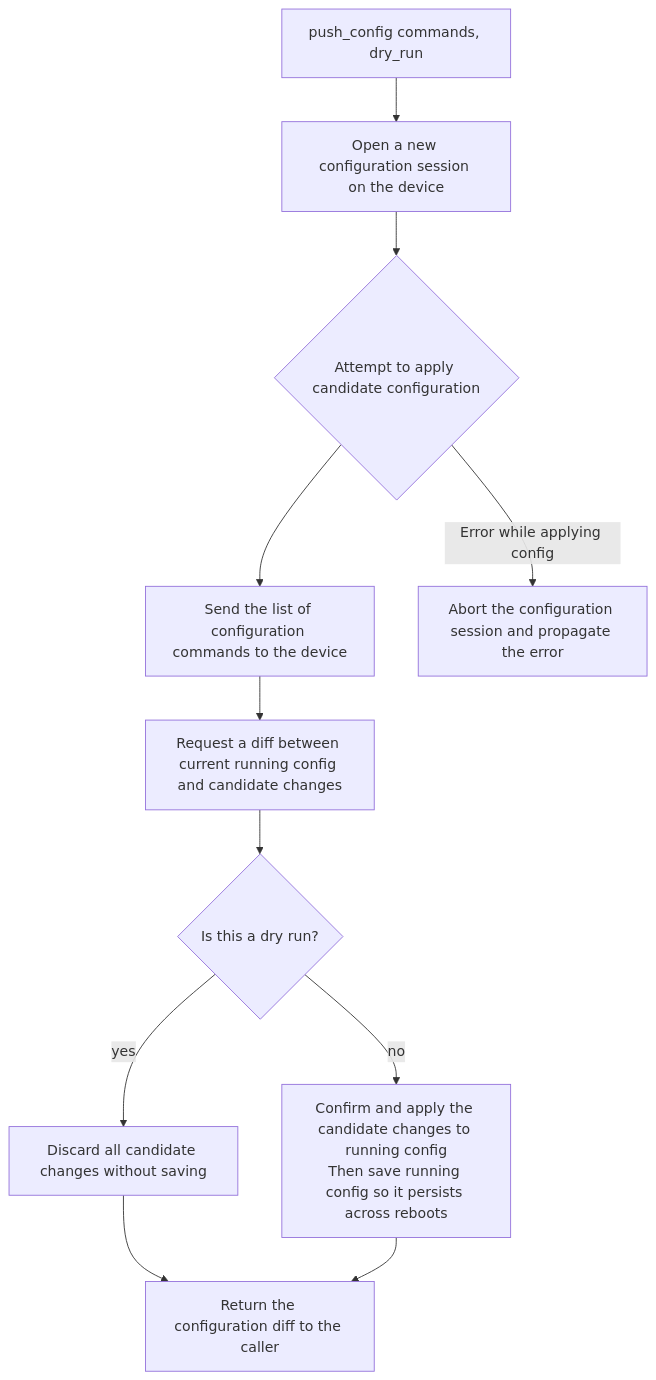
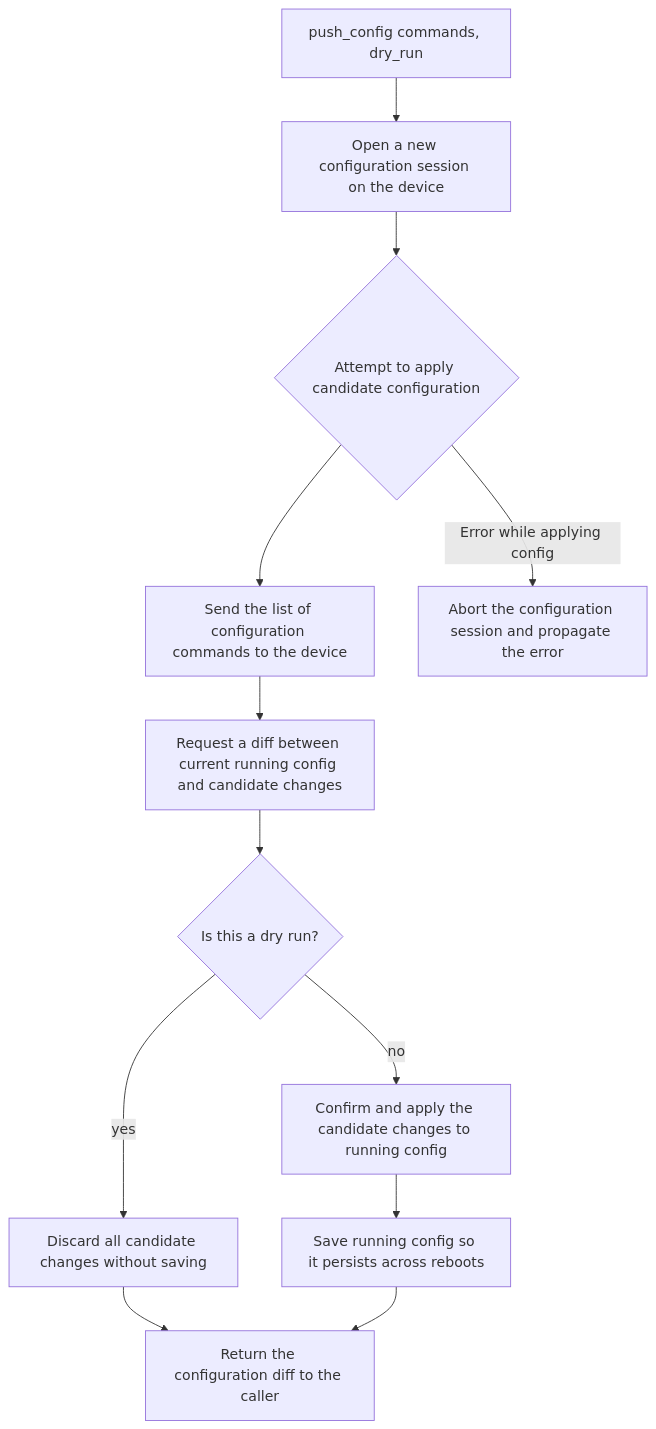
Before and after one commit to cmek/netauto: the first of 2 diagrams in docs/flows.md, drawn with Mermaid. The commit also changed other lines of this file, not shown here.

Commit message:
fix: update flows

````diff
--- a/docs/flows.md
+++ b/docs/flows.md
@@ -4,15 +4,16 @@
 ```mermaid
 flowchart TD
     A[push_config commands, dry_run] --> B[Open a new configuration session on the device]
     B --> C{Attempt to apply candidate configuration}
     C --> D[Send the list of configuration commands to the device]
     D --> E[Request a diff between current running config and candidate changes]
     C -->|Error while applying config| F[Abort the configuration session and propagate the error]
 
     E --> G{Is this a dry run?}
     G -->|yes| H[Discard all candidate changes without saving]
-    G -->|no| I[Confirm and apply the candidate changes to running config\nThen save running config so it persists across reboots]
+    G -->|no| I[Confirm and apply the candidate changes to running config]
+    I --> K[Save running config so it persists across reboots]
 
     H --> J[Return the configuration diff to the caller]
-    I --> J[Return the configuration diff to the caller]
+    K --> J[Return the configuration diff to the caller]
 ```
````
